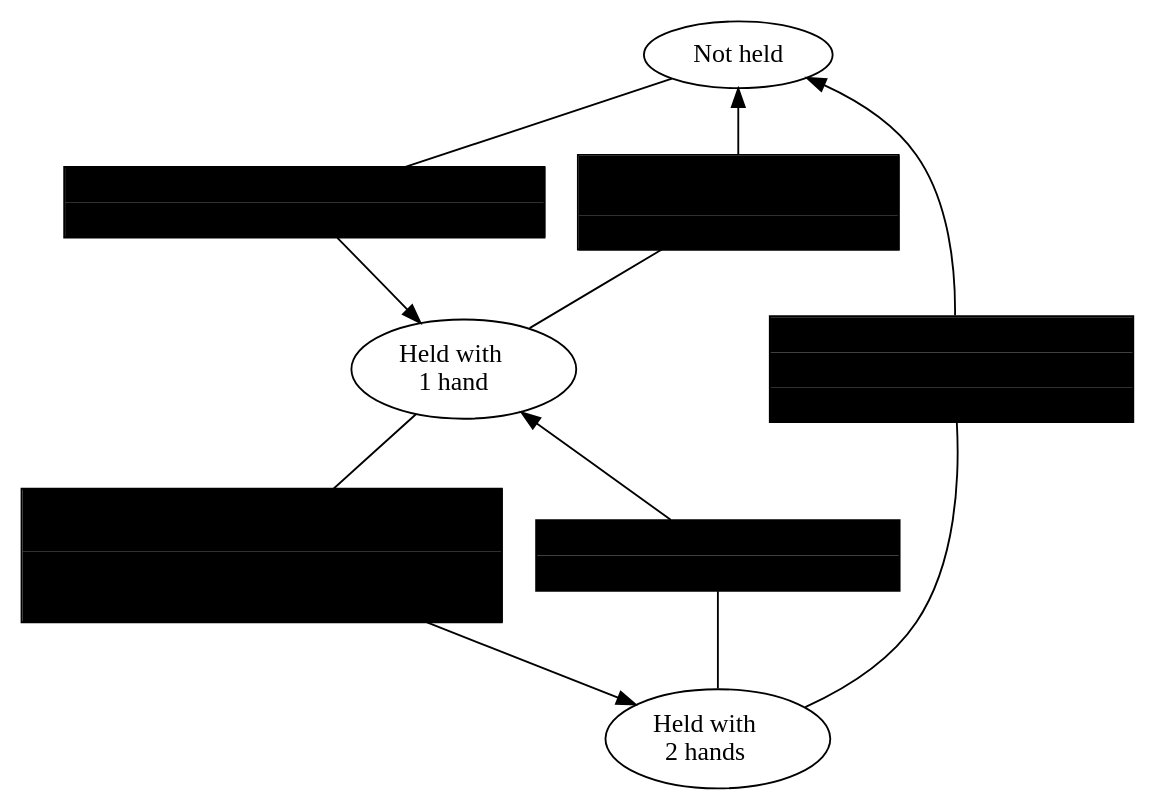
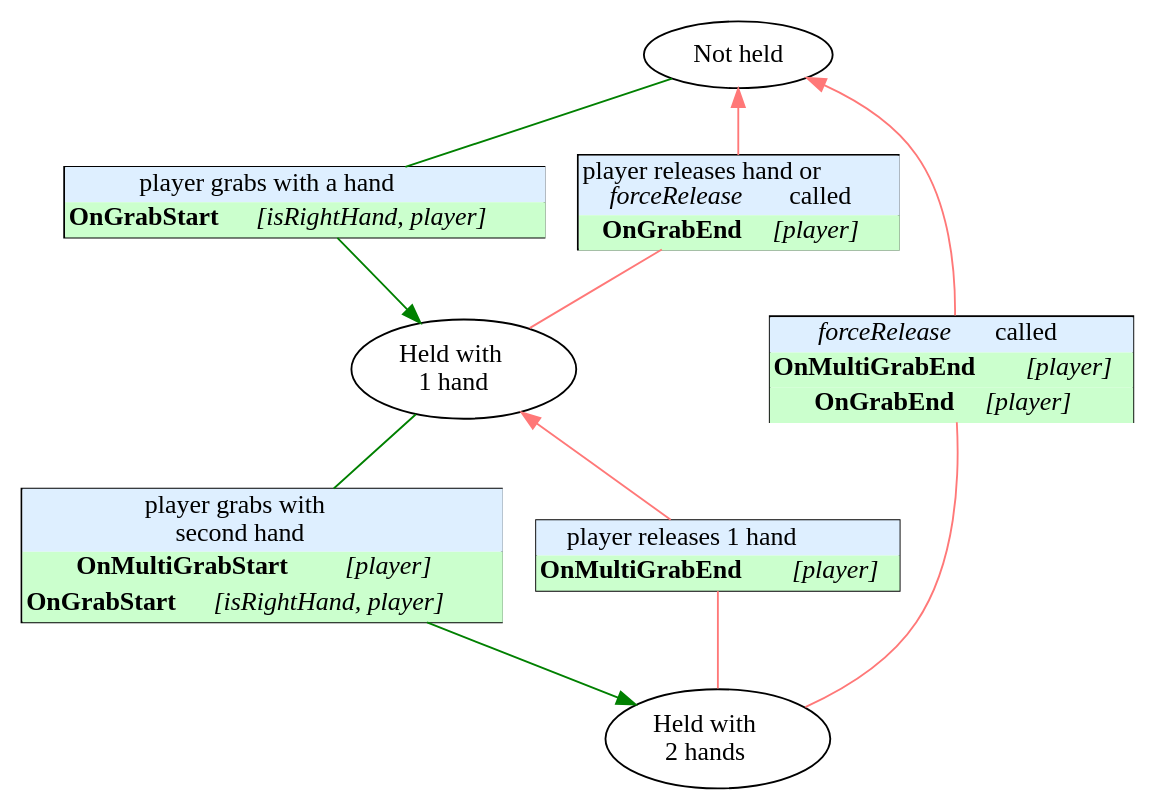
Before and after one commit to MHCPCreators/horizonCreatorManual: the second of 2 diagrams in HorizonTechnicalDoc.md, drawn with Graphviz. The commit also changed other lines of this file, not shown here.

Commit message:
Add / update the two current charts

````diff
--- a/HorizonTechnicalDoc.md
+++ b/HorizonTechnicalDoc.md
@@ -558,38 +593,38 @@
 ```dot
 digraph G {
     rankdir=TD;
 
     NotHeld [label="Not held"];
     Held1 [label=<Held with<BR/>1 hand>];
     Held2 [label=<Held with<BR/>2 hands>];
 
     { rank=same; Grab1; Release1 }
     { rank=same; Grab2; Release2 }
     { rank=same; Release2Force; Held1 }
 
-    Grab1 [label=<<TABLE BORDER="0" CELLBORDER="0" CELLSPACING="0"><TR><TD BGCOLOR="#abe">player grabs with a hand</TD></TR><TR><TD BGCOLOR="#7c8"><B>OnGrabStart</B><I>[isRightHand, player]</I></TD></TR></TABLE>>, shape=box margin=0];
+    Grab1 [label=<<TABLE BORDER="0" CELLBORDER="0" CELLSPACING="0"><TR><TD BGCOLOR="#deefff">player grabs with a hand</TD></TR><TR><TD BGCOLOR="#cbffcd"><B>OnGrabStart</B><I>[isRightHand, player]</I></TD></TR></TABLE>>, shape=box margin=0];
 
-    Release1 [label=<<TABLE BORDER="0" CELLBORDER="0" CELLSPACING="0"><TR><TD BGCOLOR="#abe">player releases hand or<BR/><I>forceRelease </I>called</TD></TR><TR><TD BGCOLOR="#7c8"><B>OnGrabEnd</B><I>[player]</I></TD></TR></TABLE>>, shape=box margin=0];
+    Release1 [label=<<TABLE BORDER="0" CELLBORDER="0" CELLSPACING="0"><TR><TD BGCOLOR="#deefff">player releases hand or<BR/><I>forceRelease </I>called</TD></TR><TR><TD BGCOLOR="#cbffcd"><B>OnGrabEnd</B><I>[player]</I></TD></TR></TABLE>>, shape=box margin=0];
 
-    NotHeld -> Grab1 [arrowhead=none];
-    Grab1 -> Held1 [arrowtail=none];
+    NotHeld -> Grab1 [arrowhead=none color="green"];
+    Grab1 -> Held1 [arrowtail=none color="green"];
 
-    Grab2 [label=<<TABLE BORDER="0" CELLBORDER="0" CELLSPACING="0"><TR><TD BGCOLOR="#abe">player grabs with<BR/> second hand</TD></TR><TR><TD BGCOLOR="#7c8"><B>OnMultiGrabStart</B><I>[player]</I></TD></TR><TR><TD BGCOLOR="#7c8"><B>OnGrabStart</B><I>[isRightHand, player]</I></TD></TR></TABLE>>, shape=box margin=0];
+    Grab2 [label=<<TABLE BORDER="0" CELLBORDER="0" CELLSPACING="0"><TR><TD BGCOLOR="#deefff">player grabs with<BR/> second hand</TD></TR><TR><TD BGCOLOR="#cbffcd"><B>OnMultiGrabStart</B><I>[player]</I></TD></TR><TR><TD BGCOLOR="#cbffcd"><B>OnGrabStart</B><I>[isRightHand, player]</I></TD></TR></TABLE>>, shape=box margin=0];
 
-    Held1 -> Grab2 [arrowhead=none];
-    Grab2 -> Held2;
+    Held1 -> Grab2 [arrowhead=none color="green"];
+    Grab2 -> Held2 [color="green"];
 
-    Held1 -> Release1 [arrowhead=none];
-    Release1 -> NotHeld;
+    Held1 -> Release1 [arrowhead=none color="#ff7878"];
+    Release1 -> NotHeld [color="#ff7878"];
 
-    Release2 [label=<<TABLE BORDER="0" CELLBORDER="0" CELLSPACING="0"><TR><TD BGCOLOR="#abe">player releases 1 hand</TD></TR><TR><TD BGCOLOR="#7c8"><B>OnMultiGrabEnd</B><I>[player]</I></TD></TR></TABLE>>, shape=box margin=0];
+    Release2 [label=<<TABLE BORDER="0" CELLBORDER="0" CELLSPACING="0"><TR><TD BGCOLOR="#deefff">player releases 1 hand</TD></TR><TR><TD BGCOLOR="#cbffcd"><B>OnMultiGrabEnd</B><I>[player]</I></TD></TR></TABLE>>, shape=box margin=0];
 
-    Held2 -> Release2 [arrowhead=none];
-    Release2 -> Held1;
+    Held2 -> Release2 [arrowhead=none color="#ff7878"];
+    Release2 -> Held1 [color="#ff7878"];
 
-    Release2Force [label=<<TABLE BORDER="0" CELLBORDER="0" CELLSPACING="0"><TR><TD BGCOLOR="#abe"><I>forceRelease</I>  called</TD></TR><TR><TD BGCOLOR="#7c8"><B>OnMultiGrabEnd</B><I>[player]</I></TD></TR><TR><TD BGCOLOR="#7c8"><B>OnGrabEnd</B><I>[player]</I></TD></TR></TABLE>>, shape=box margin=0];
+    Release2Force [label=<<TABLE BORDER="0" CELLBORDER="0" CELLSPACING="0"><TR><TD BGCOLOR="#deefff"><I>forceRelease</I>  called</TD></TR><TR><TD BGCOLOR="#cbffcd"><B>OnMultiGrabEnd</B><I>[player]</I></TD></TR><TR><TD BGCOLOR="#cbffcd"><B>OnGrabEnd</B><I>[player]</I></TD></TR></TABLE>>, shape=box margin=0];
 
-    Held2 -> Release2Force [arrowhead=none];
-    Release2Force -> NotHeld;
+    Held2 -> Release2Force [arrowhead=none color="#ff7878"];
+    Release2Force -> NotHeld [color="#ff7878"];
 }
 ```
````
